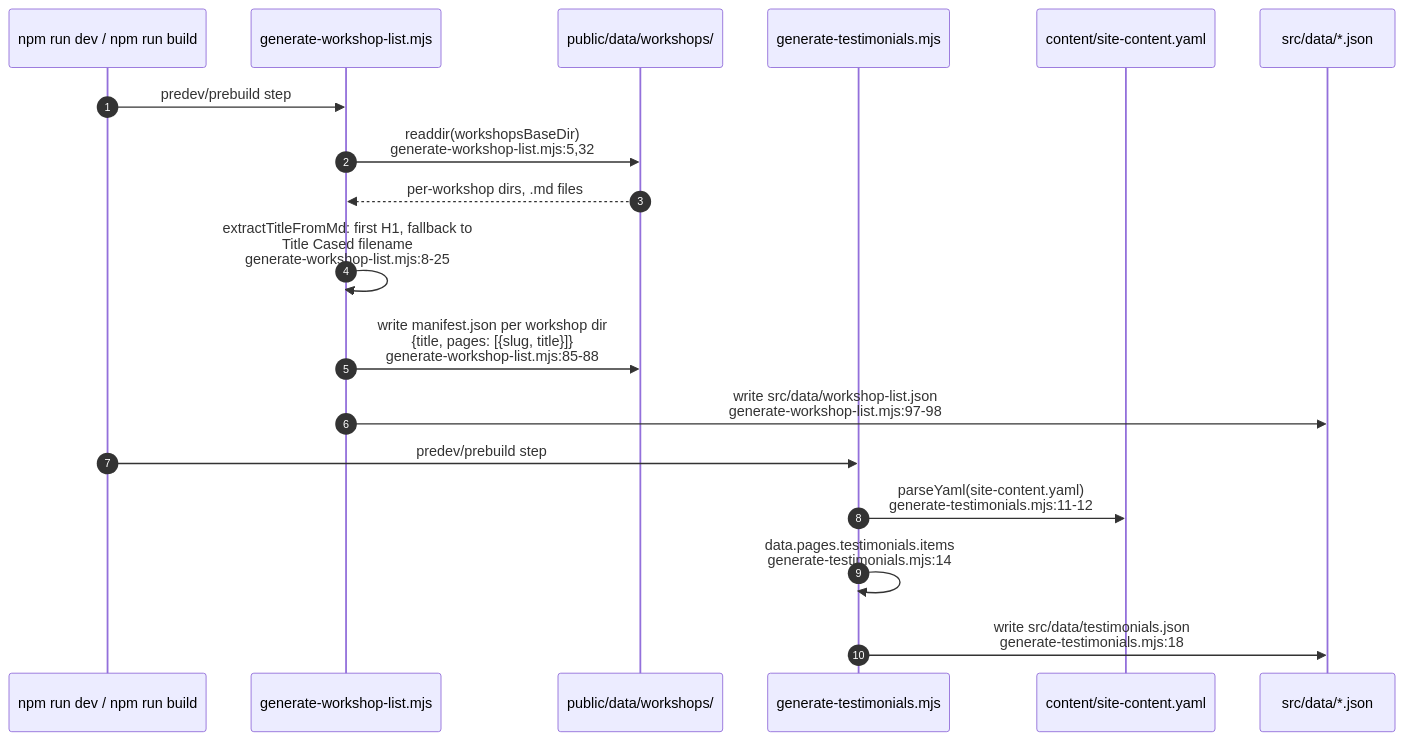
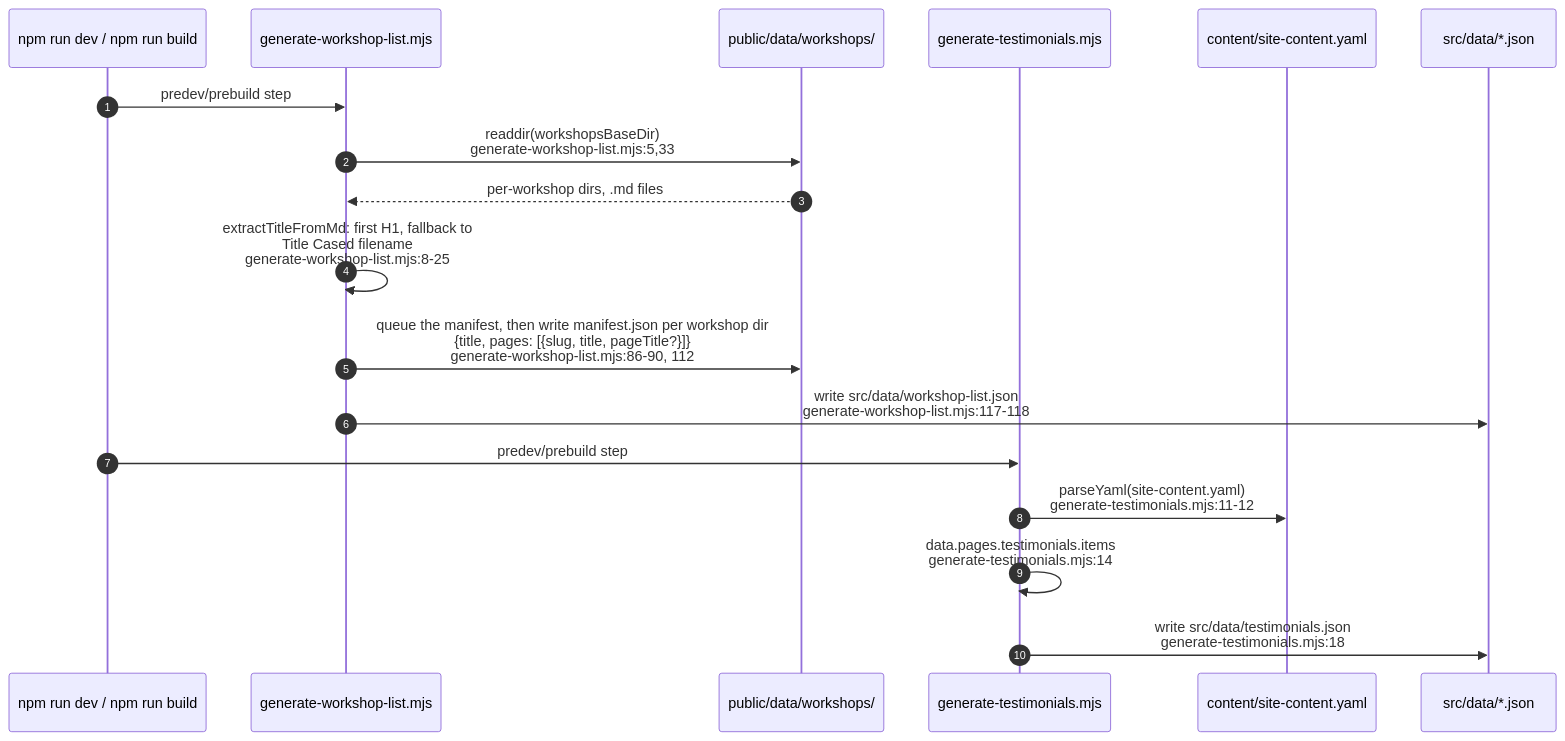
The first of 7 diagrams in docs/diagrams/dreamlab-ai-website/06-content-pipeline-and-invariants-register.md (DreamLab-AI/VisionFlow), drawn with Mermaid before and after one commit. The commit also changed other lines of this file and 80 other files, not shown here.

First line of the commit message:
docs(diagrams): re-verify the agentbox, dreamlab, estate and visionflow corpus against current sources

````diff
--- a/docs/diagrams/dreamlab-ai-website/06-content-pipeline-and-invariants-register.md
+++ b/docs/diagrams/dreamlab-ai-website/06-content-pipeline-and-invariants-register.md
@@ -29,20 +30,20 @@
 ```mermaid
 sequenceDiagram
     autonumber
     participant NPM as npm run dev / npm run build
     participant WS as generate-workshop-list.mjs
     participant WD as public/data/workshops/
     participant TS as generate-testimonials.mjs
     participant YAML as content/site-content.yaml
     participant OUT as src/data/*.json
     NPM->>WS: predev/prebuild step
-    WS->>WD: readdir(workshopsBaseDir)<br/>generate-workshop-list.mjs:5,32
+    WS->>WD: readdir(workshopsBaseDir)<br/>generate-workshop-list.mjs:5,33
     WD-->>WS: per-workshop dirs, .md files
     WS->>WS: extractTitleFromMd: first H1, fallback to<br/>Title Cased filename<br/>generate-workshop-list.mjs:8-25
-    WS->>WD: write manifest.json per workshop dir<br/>{title, pages: [{slug, title}]}<br/>generate-workshop-list.mjs:85-88
-    WS->>OUT: write src/data/workshop-list.json<br/>generate-workshop-list.mjs:97-98
+    WS->>WD: queue the manifest, then write manifest.json per workshop dir<br/>{title, pages: [{slug, title, pageTitle?}]}<br/>generate-workshop-list.mjs:86-90, 112
+    WS->>OUT: write src/data/workshop-list.json<br/>generate-workshop-list.mjs:117-118
     NPM->>TS: predev/prebuild step
     TS->>YAML: parseYaml(site-content.yaml)<br/>generate-testimonials.mjs:11-12
     TS->>TS: data.pages.testimonials.items<br/>generate-testimonials.mjs:14
     TS->>OUT: write src/data/testimonials.json<br/>generate-testimonials.mjs:18
 ```
````
